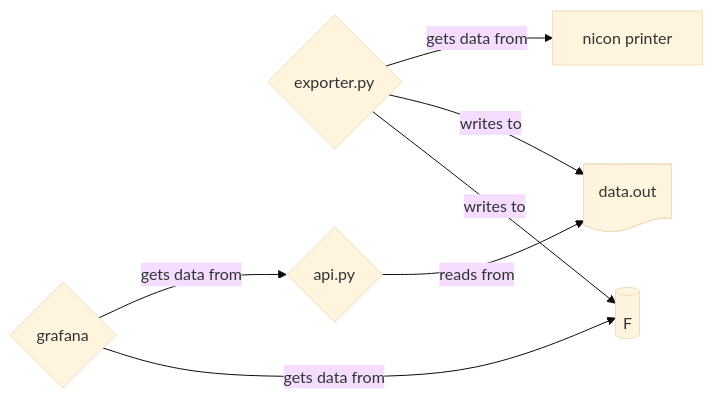
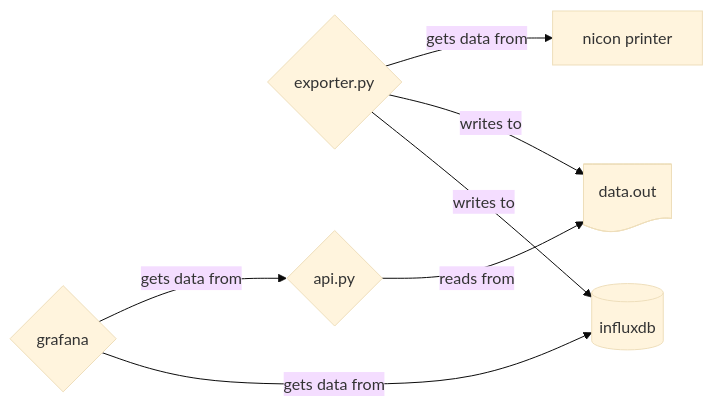
The diagram in readme.md (carnivuth/opc-ua-birex), drawn with Mermaid (base theme) before and after one commit.

Commit message:
fixed syntax

````diff
--- a/readme.md
+++ b/readme.md
@@ -13,14 +13,14 @@
 ```mermaid
 flowchart LR
 A{exporter.py}
 B{api.py}
 C{grafana}
 D[nicon printer]
 E@{ shape: doc ,label: data.out}
-F@{ shape: database, label influxdb}
+F@{ shape: database, label: influxdb}
 
 A -- gets data from --> D
 A -- writes to --> E & F
 B -- reads from --> E
 C -- gets data from --> B & F
 ```
````
